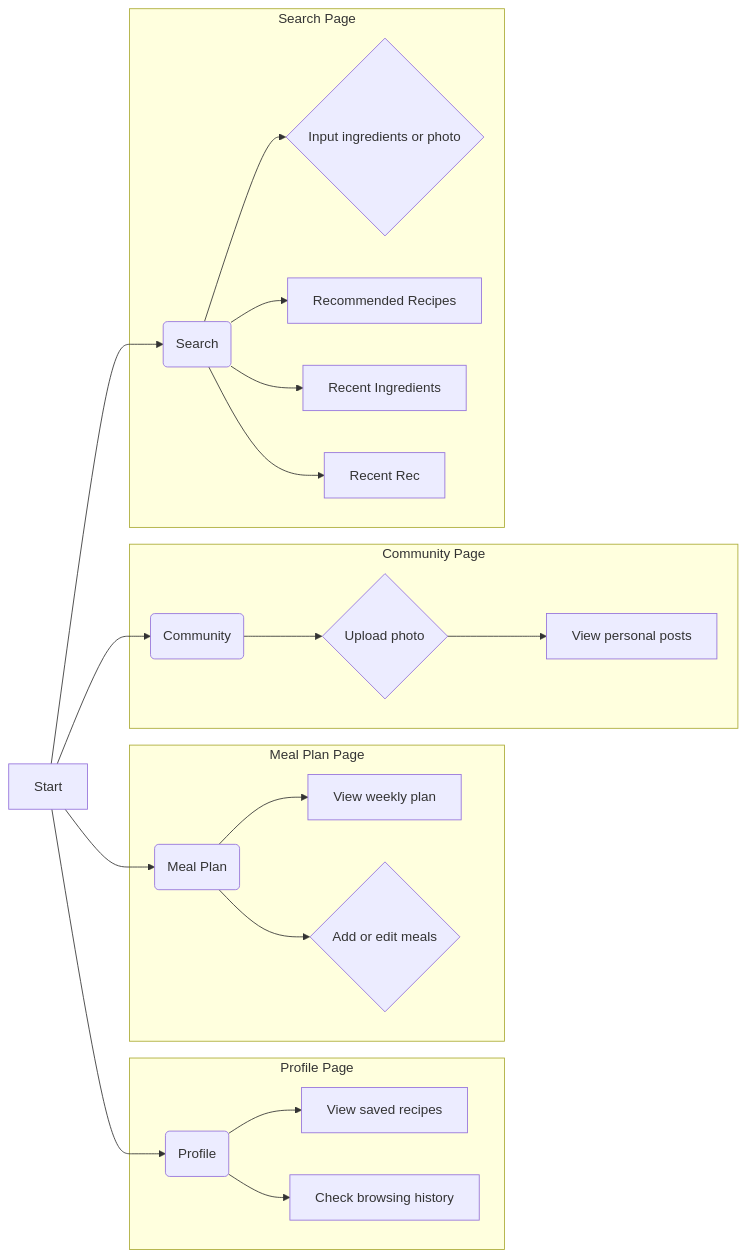
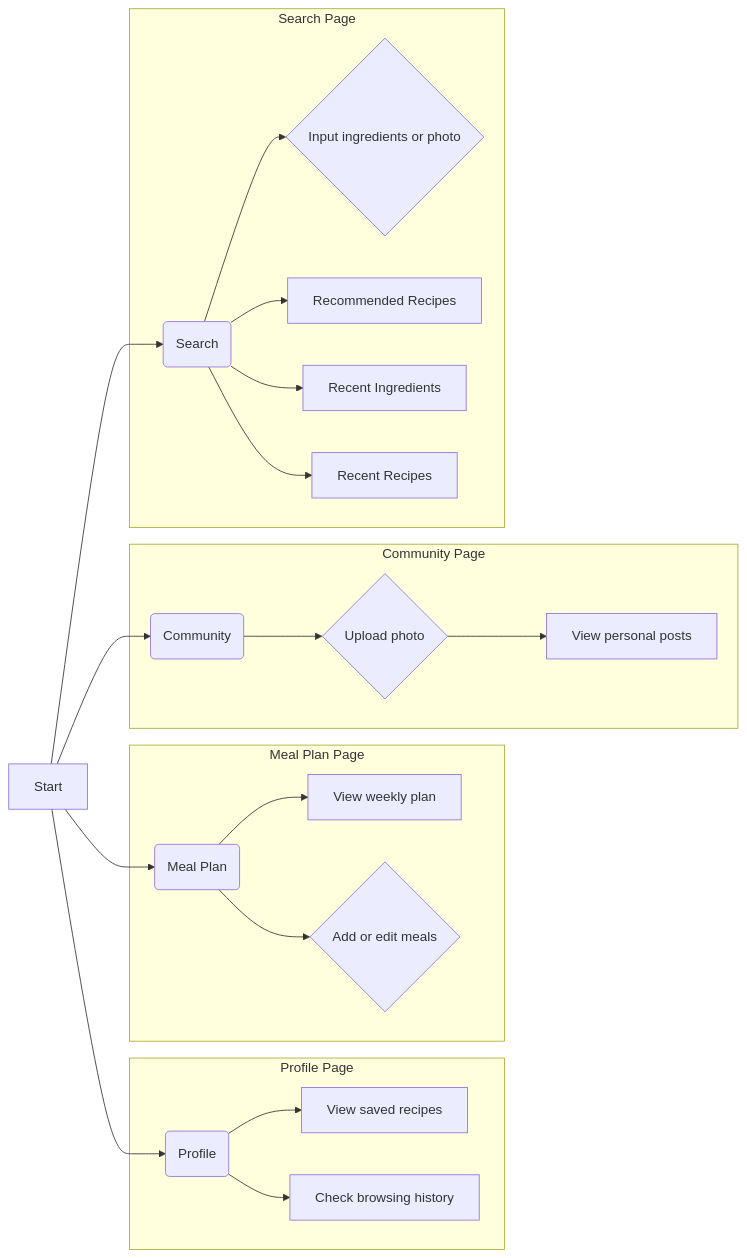
One commit to seven8301/iodraw-files changed the diagram in all/未命名-2.md. Above: the diagram before and after it, drawn with Mermaid.

Commit message:
2025-04-09 19:25:58 update

````diff
--- a/all/未命名-2.md
+++ b/all/未命名-2.md
@@ -1,28 +1,29 @@
 ```mermaid
 graph LR
     A[Start] --> B(Search);
     A --> C(Community);
     A --> D(Meal Plan);
     A --> E(Profile);
 
     
     subgraph "Profile Page"
         E --> L[View saved recipes];
         E --> M[Check browsing history];
+        
         
     end
       subgraph "Meal Plan Page"
         D --> J[View weekly plan];
         D --> K{Add or edit meals};
     end
      subgraph "Community Page"
         C --> H{Upload photo};
         H --> I[View personal posts];
     end
     subgraph "Search Page"
         B --> F{Input ingredients or photo};
         B --> G[Recommended Recipes];
         B --> N[Recent Ingredients];
-        B --> O[Recent Rec];
+        B --> O[Recent Recipes];
     end
 ```
````
